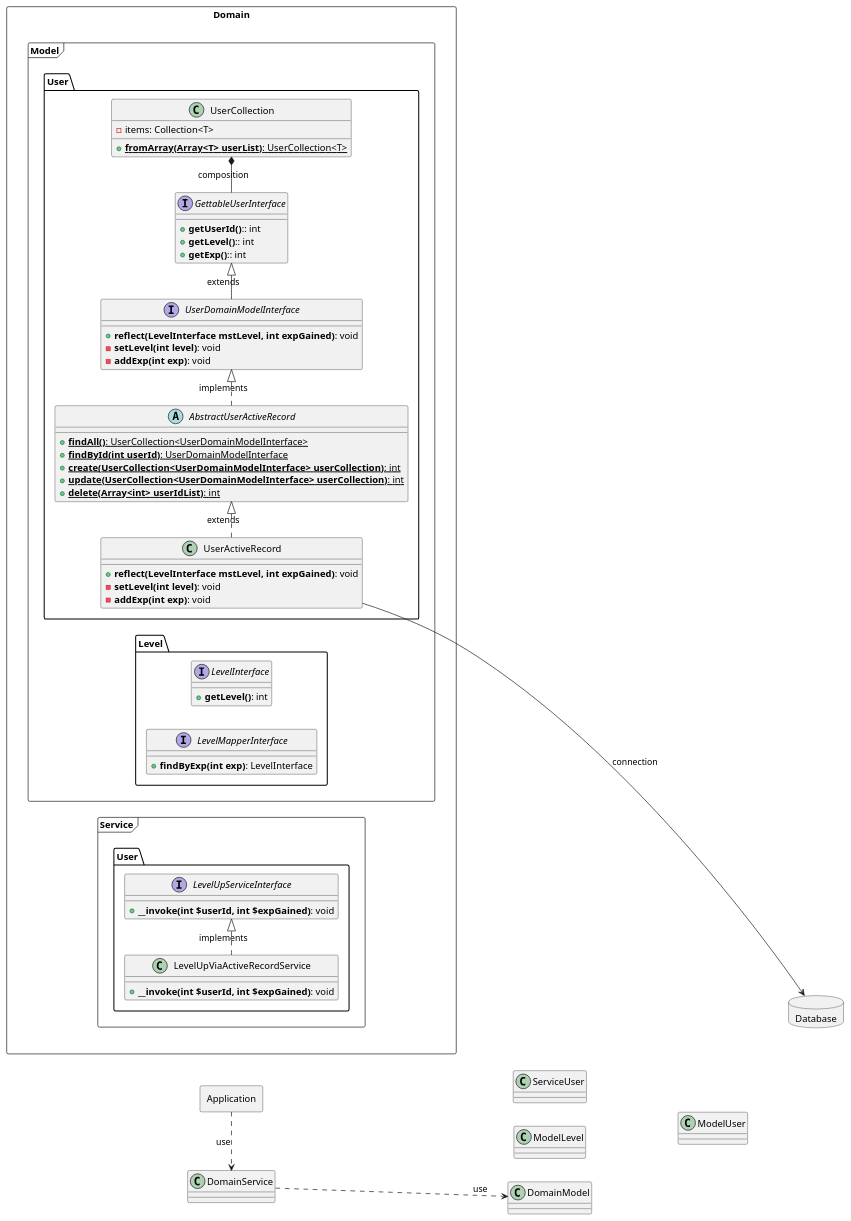
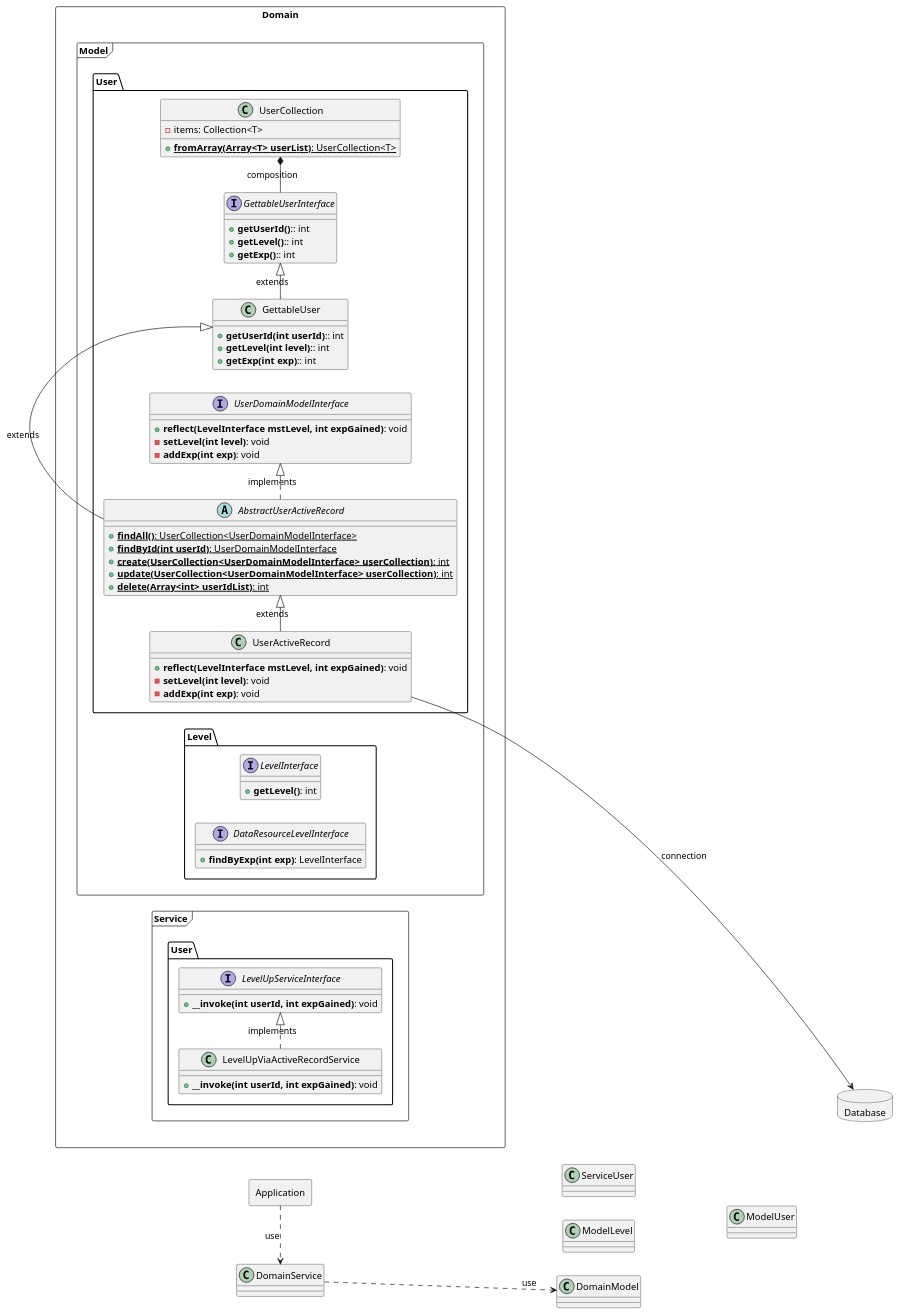
One commit to mexican-particles/mogmog changed the diagram in src/puml/classDiagram/userActiveRecord.puml. Above: the diagram before and after it, drawn with PlantUML. The commit also changed 3 other files, not shown here.

```diff
--- a/src/puml/classDiagram/userActiveRecord.puml
+++ b/src/puml/classDiagram/userActiveRecord.puml
@@ -1,94 +1,97 @@
 @startuml
 'https://plantuml.com/class-diagram
 
 left to right direction
 
-' 表示用の調整
 Application --[hidden]down> ServiceUser
 Domain ----[hidden]down> Database
 
 ServiceUser --[hidden]down> ModelUser
 ModelLevel --[hidden]down> ModelUser
 
 Application .> DomainService: use
 DomainService ..> DomainModel: use
 
 package Application <<Rectangle>> {
 }
 
 package Domain <<Rectangle>> {
     package Model as DomainModel <<Frame>> {
         package User as ModelUser <<Folder>> {
             class UserCollection {
                 - items: Collection<T>
                 + {static} **fromArray(Array<T> userList)**: UserCollection<T>
             }
 
             interface GettableUserInterface {
                 + **getUserId()**:: int
                 + **getLevel()**:: int
                 + **getExp()**:: int
+            }
+
+            class GettableUser {
+                + **getUserId(int userId)**:: int
+                + **getLevel(int level)**:: int
+                + **getExp(int exp)**:: int
             }
 
             interface UserDomainModelInterface {
                 + **reflect(LevelInterface mstLevel, int expGained)**: void
                 - **setLevel(int level)**: void
                 - **addExp(int exp)**: void
             }
 
             abstract class AbstractUserActiveRecord {
                 + {static} **findAll()**: UserCollection<UserDomainModelInterface>
                 + {static} **findById(int userId)**: UserDomainModelInterface
                 + {static} **create(UserCollection<UserDomainModelInterface> userCollection)**: int
                 + {static} **update(UserCollection<UserDomainModelInterface> userCollection)**: int
                 + {static} **delete(Array<int> userIdList)**: int
             }
 
             class UserActiveRecord  {
                 + **reflect(LevelInterface mstLevel, int expGained)**: void
                 - **setLevel(int level)**: void
                 - **addExp(int exp)**: void
             }
         }
 
         package Level as ModelLevel <<Folder>> {
             interface LevelInterface {
                 + **getLevel()**: int
             }
 
-            interface LevelMapperInterface {
+            interface DataResourceLevelInterface {
                 + **findByExp(int exp)**: LevelInterface
             }
         }
     }
 
     package Service as DomainService <<Frame>> {
         package User as ServiceUser <<Folder>> {
             interface LevelUpServiceInterface {
-                + **__invoke(int $userId, int $expGained)**: void
+                + **__invoke(int userId, int expGained)**: void
             }
 
             class LevelUpViaActiveRecordService {
-                + **__invoke(int $userId, int $expGained)**: void
+                + **__invoke(int userId, int expGained)**: void
             }
         }
     }
 }
 
-'サービス / TableDataGateway と同じ
 LevelUpViaActiveRecordService .|> LevelUpServiceInterface: implements
 
-'モデルのインターフェース / TableDataGateway と同じ
 GettableUserInterface -* UserCollection: composition
-UserDomainModelInterface -|> GettableUserInterface: extends
 
-'モデルの具象 / TableDataGateway とは異なる
+GettableUser -|> GettableUserInterface: extends
 AbstractUserActiveRecord .|> UserDomainModelInterface: implements
-UserActiveRecord .|> AbstractUserActiveRecord: extends
+AbstractUserActiveRecord -|> GettableUser: extends
+UserActiveRecord -|> AbstractUserActiveRecord: extends
 
 package Database <<Database>> {
 }
 
 UserActiveRecord -right-> Database: connection
 
 @enduml
```
